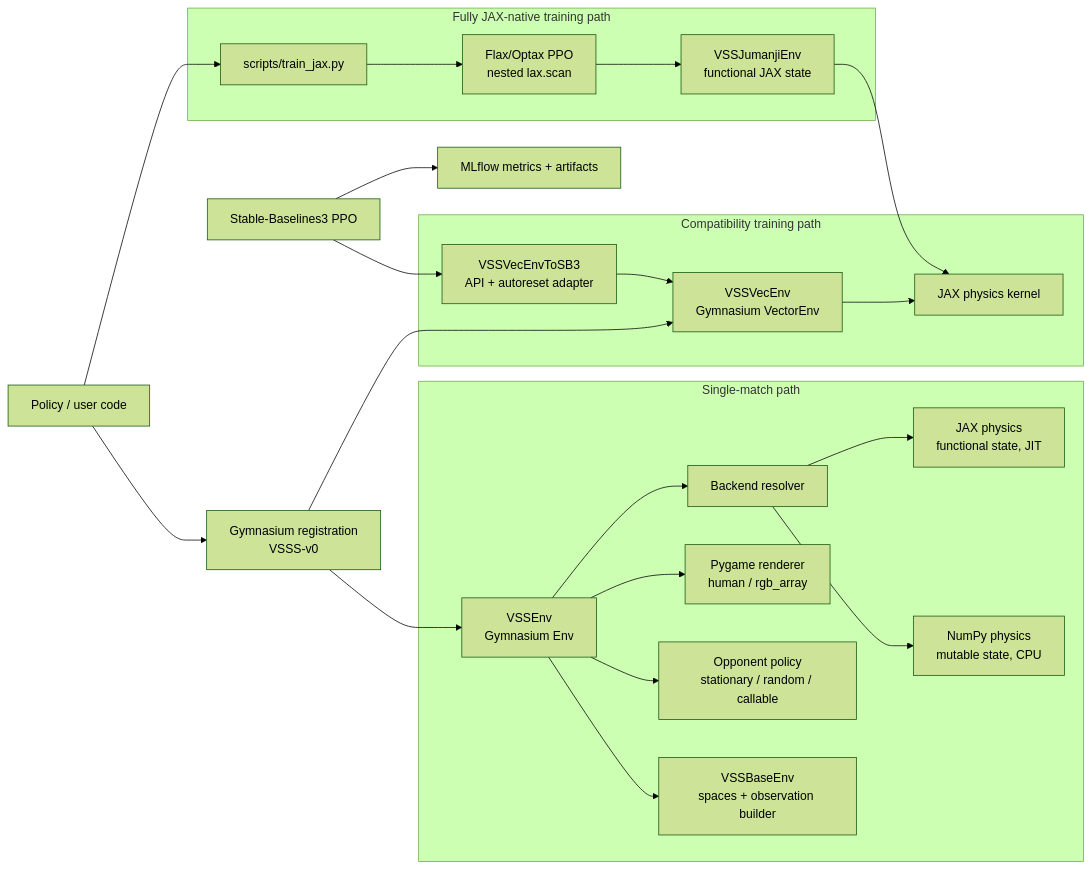
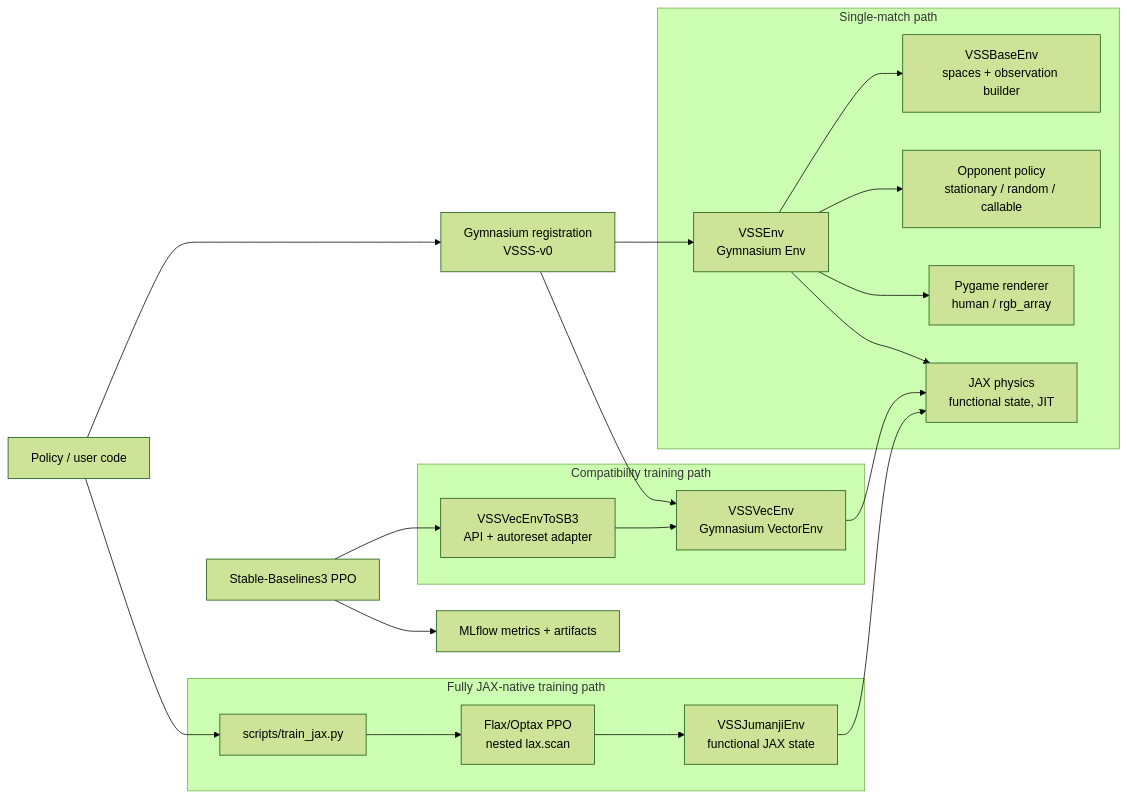
Before and after one commit to canhotuctor/vsss-sim: the first of 10 diagrams in STRUCTURE.md, drawn with Mermaid (forest theme). The commit also changed other lines of this file and 21 other files, not shown here.

Commit message:
refactor: remove NumPy physics backend

````diff
--- a/STRUCTURE.md
+++ b/STRUCTURE.md
@@ -16,48 +16,42 @@
 ```mermaid
 flowchart LR
     user["Policy / user code"]
     gym["Gymnasium registration<br/>VSSS-v0"]
 
     subgraph single["Single-match path"]
         env["VSSEnv<br/>Gymnasium Env"]
         base["VSSBaseEnv<br/>spaces + observation builder"]
         opponent["Opponent policy<br/>stationary / random / callable"]
         renderer["Pygame renderer<br/>human / rgb_array"]
-        resolver["Backend resolver"]
-        numpy["NumPy physics<br/>mutable state, CPU"]
-        jaxsingle["JAX physics<br/>functional state, JIT"]
+        physics["JAX physics<br/>functional state, JIT"]
 
         env --> base
         env --> opponent
         env --> renderer
-        env --> resolver
-        resolver --> numpy
-        resolver --> jaxsingle
+        env --> physics
     end
 
     subgraph batch["Compatibility training path"]
         adapter["VSSVecEnvToSB3<br/>API + autoreset adapter"]
         vec["VSSVecEnv<br/>Gymnasium VectorEnv"]
-        kernel["JAX physics kernel"]
-
-        adapter --> vec --> kernel
+        adapter --> vec --> physics
     end
 
     subgraph native["Fully JAX-native training path"]
         trainjax["scripts/train_jax.py"]
         ppojax["Flax/Optax PPO<br/>nested lax.scan"]
         jumanji["VSSJumanjiEnv<br/>functional JAX state"]
 
-        trainjax --> ppojax --> jumanji --> kernel
+        trainjax --> ppojax --> jumanji --> physics
     end
 
     sb3["Stable-Baselines3 PPO"]
     mlflow["MLflow metrics + artifacts"]
 
     user --> gym
     gym --> env
     gym --> vec
     sb3 --> adapter
     sb3 --> mlflow
     user --> trainjax
 ```
````
